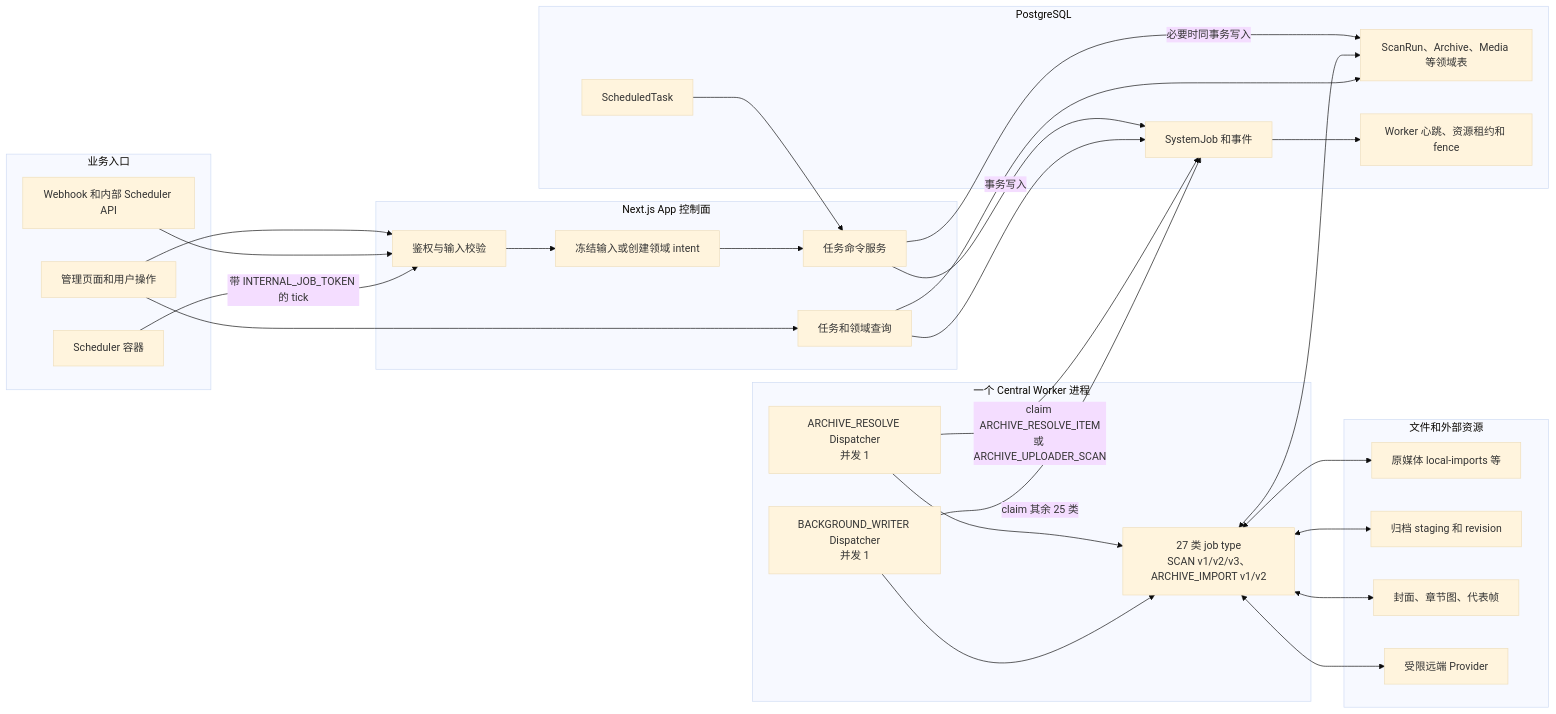
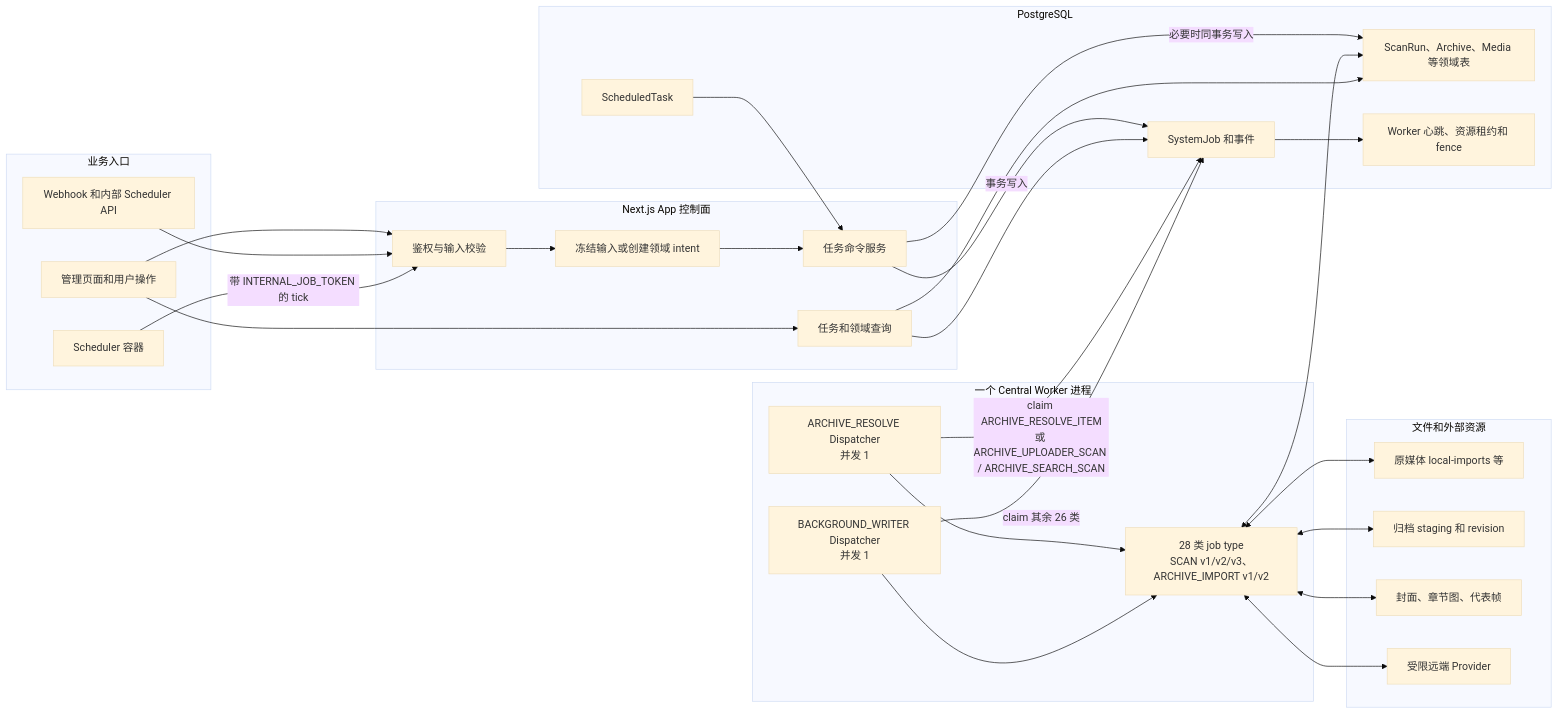
The first of 12 diagrams in docs/architecture/background-job-business-flows.md (namehu/PixiShelf), drawn with Mermaid (base theme) before and after one commit. The commit also changed other lines of this file and 56 other files, not shown here.

````diff
--- a/docs/architecture/background-job-business-flows.md
+++ b/docs/architecture/background-job-business-flows.md
@@ -50,56 +50,56 @@
 ```mermaid
 flowchart LR
   subgraph Entry[业务入口]
     UI[管理页面和用户操作]
     API[Webhook 和内部 Scheduler API]
     SCH[Scheduler 容器]
   end
 
   subgraph App[Next.js App 控制面]
     AUTH[鉴权与输入校验]
     SNAP[冻结输入或创建领域 intent]
     CMD[任务命令服务]
     READ[任务和领域查询]
   end
 
   subgraph DB[PostgreSQL]
     TASK[ScheduledTask]
     JOB[SystemJob 和事件]
     DOMAIN[ScanRun、Archive、Media 等领域表]
     LEASE[Worker 心跳、资源租约和 fence]
   end
 
   subgraph Worker[一个 Central Worker 进程]
     RESOLVE[ARCHIVE_RESOLVE Dispatcher\n并发 1]
     WRITER[BACKGROUND_WRITER Dispatcher\n并发 1]
-    EXEC[27 类 job type\nSCAN v1/v2/v3、ARCHIVE_IMPORT v1/v2]
+    EXEC[28 类 job type\nSCAN v1/v2/v3、ARCHIVE_IMPORT v1/v2]
   end
 
   subgraph Storage[文件和外部资源]
     SOURCE[原媒体 local-imports 等]
     ARCHIVE[归档 staging 和 revision]
     DERIVED[封面、章节图、代表帧]
     REMOTE[受限远端 Provider]
   end
 
   UI --> AUTH
   API --> AUTH
   SCH -->|带 INTERNAL_JOB_TOKEN 的 tick| AUTH
   AUTH --> SNAP --> CMD
   TASK --> CMD
   CMD -->|事务写入| JOB
   CMD -->|必要时同事务写入| DOMAIN
-  RESOLVE -->|claim ARCHIVE_RESOLVE_ITEM\n或 ARCHIVE_UPLOADER_SCAN| JOB
-  WRITER -->|claim 其余 25 类| JOB
+  RESOLVE -->|claim ARCHIVE_RESOLVE_ITEM\n或 ARCHIVE_UPLOADER_SCAN / ARCHIVE_SEARCH_SCAN| JOB
+  WRITER -->|claim 其余 26 类| JOB
   JOB --> LEASE
   RESOLVE --> EXEC
   WRITER --> EXEC
   EXEC <--> DOMAIN
   EXEC <--> SOURCE
   EXEC <--> ARCHIVE
   EXEC <--> DERIVED
   EXEC <--> REMOTE
   READ --> JOB
   READ --> DOMAIN
   UI --> READ
 ```
````
